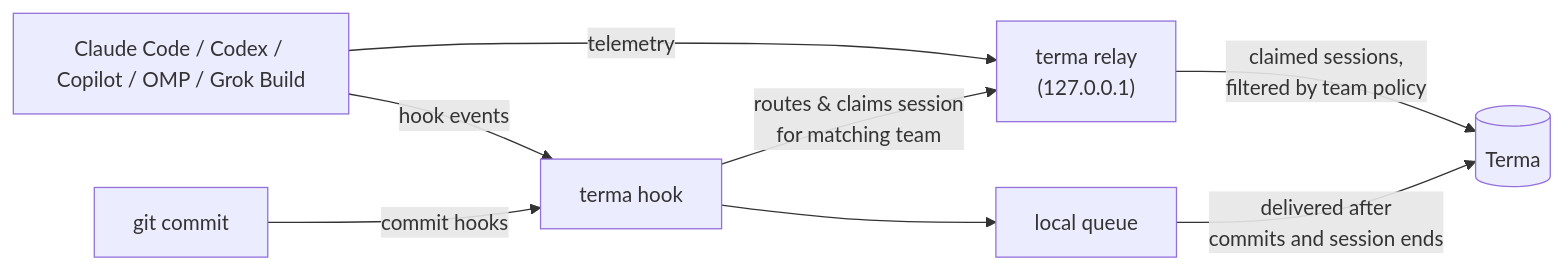
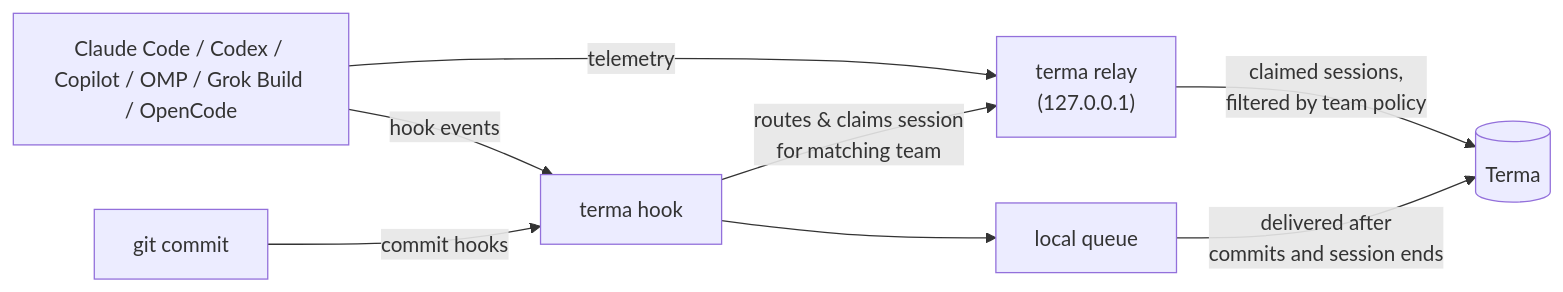
One commit to miradorlabs/terma-cli changed the diagram in README.md. Above: the diagram before and after it, drawn with Mermaid. The commit also changed other lines of this file and 47 other files, not shown here.

````diff
--- a/README.md
+++ b/README.md
@@ -105,10 +106,10 @@
 ```mermaid
 flowchart LR
-  agent["Claude Code / Codex / Copilot / OMP / Grok Build"] -- "telemetry" --> relay["terma relay<br/>(127.0.0.1)"]
+  agent["Claude Code / Codex / Copilot / OMP / Grok Build / OpenCode"] -- "telemetry" --> relay["terma relay<br/>(127.0.0.1)"]
   agent -- "hook events" --> hook["terma hook"]
   git["git commit"] -- "commit hooks" --> hook
   hook -- "routes & claims session<br/>for matching team" --> relay
   hook --> queue["local queue"]
   relay -- "claimed sessions,<br/>filtered by team policy" --> terma[("Terma")]
   queue -- "delivered after<br/>commits and session ends" --> terma
 ```
````
